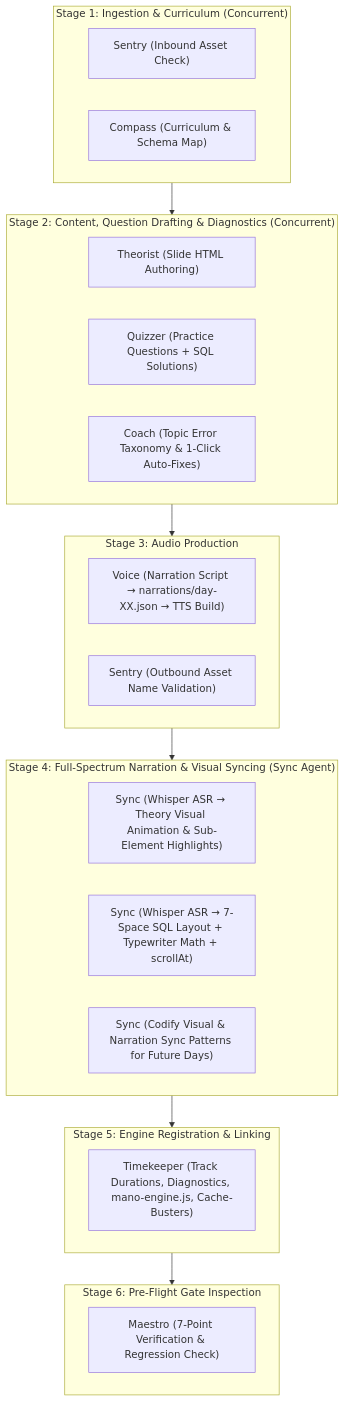
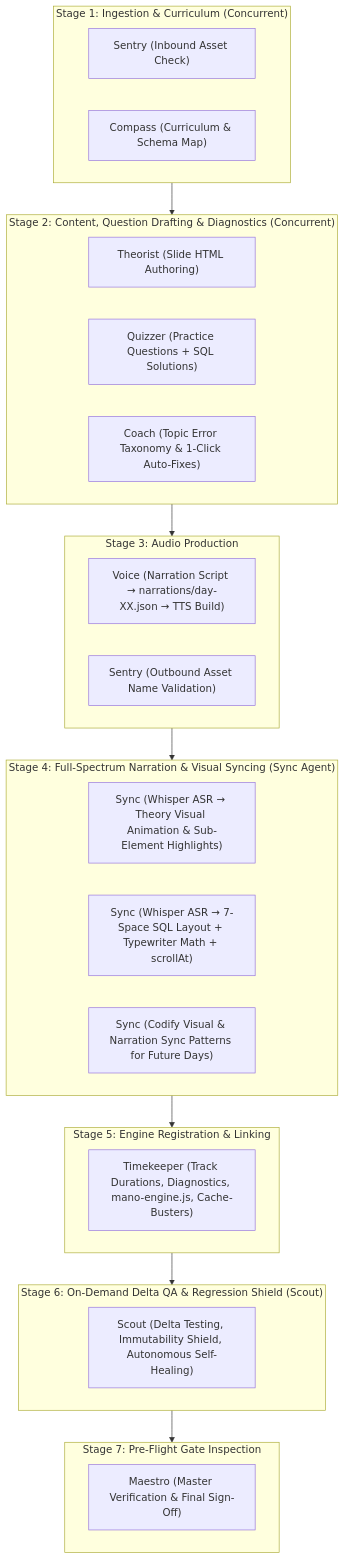
One commit to manodemy/30-days-Python-for-Data-Analyst-V2 changed the diagram in .agents/skills/sql-day-orchestration/SKILL.md. Above: the diagram before and after it, drawn with Mermaid. The commit also changed other lines of this file and 197 other files, not shown here.

````diff
--- a/.agents/skills/sql-day-orchestration/SKILL.md
+++ b/.agents/skills/sql-day-orchestration/SKILL.md
@@ -31,38 +32,43 @@
 ```mermaid
 flowchart TD
     subgraph STAGE_1 ["Stage 1: Ingestion & Curriculum (Concurrent)"]
         Sentry_In["Sentry (Inbound Asset Check)"]
         Compass["Compass (Curriculum & Schema Map)"]
     end
 
     subgraph STAGE_2 ["Stage 2: Content, Question Drafting & Diagnostics (Concurrent)"]
         Theorist["Theorist (Slide HTML Authoring)"]
         Quizzer["Quizzer (Practice Questions + SQL Solutions)"]
         Coach["Coach (Topic Error Taxonomy & 1-Click Auto-Fixes)"]
     end
 
     subgraph STAGE_3 ["Stage 3: Audio Production"]
         Voice["Voice (Narration Script → narrations/day-XX.json → TTS Build)"]
         Sentry_Out["Sentry (Outbound Asset Name Validation)"]
     end
 
     subgraph STAGE_4 ["Stage 4: Full-Spectrum Narration & Visual Syncing (Sync Agent)"]
         Sync_Theory["Sync (Whisper ASR → Theory Visual Animation & Sub-Element Highlights)"]
         Sync_Practice["Sync (Whisper ASR → 7-Space SQL Layout + Typewriter Math + scrollAt)"]
         Sync_Evolve["Sync (Codify Visual & Narration Sync Patterns for Future Days)"]
     end
 
     subgraph STAGE_5 ["Stage 5: Engine Registration & Linking"]
         Timekeeper["Timekeeper (Track Durations, Diagnostics, mano-engine.js, Cache-Busters)"]
     end
 
-    subgraph STAGE_6 ["Stage 6: Pre-Flight Gate Inspection"]
-        Maestro["Maestro (7-Point Verification & Regression Check)"]
+    subgraph STAGE_6 ["Stage 6: On-Demand Delta QA & Regression Shield (Scout)"]
+        Scout["Scout (Delta Testing, Immutability Shield, Autonomous Self-Healing)"]
+    end
+
+    subgraph STAGE_7 ["Stage 7: Pre-Flight Gate Inspection"]
+        Maestro["Maestro (Master Verification & Final Sign-Off)"]
     end
 
     STAGE_1 --> STAGE_2
     STAGE_2 --> STAGE_3
     STAGE_3 --> STAGE_4
     STAGE_4 --> STAGE_5
     STAGE_5 --> STAGE_6
+    STAGE_6 --> STAGE_7
 ```
````
